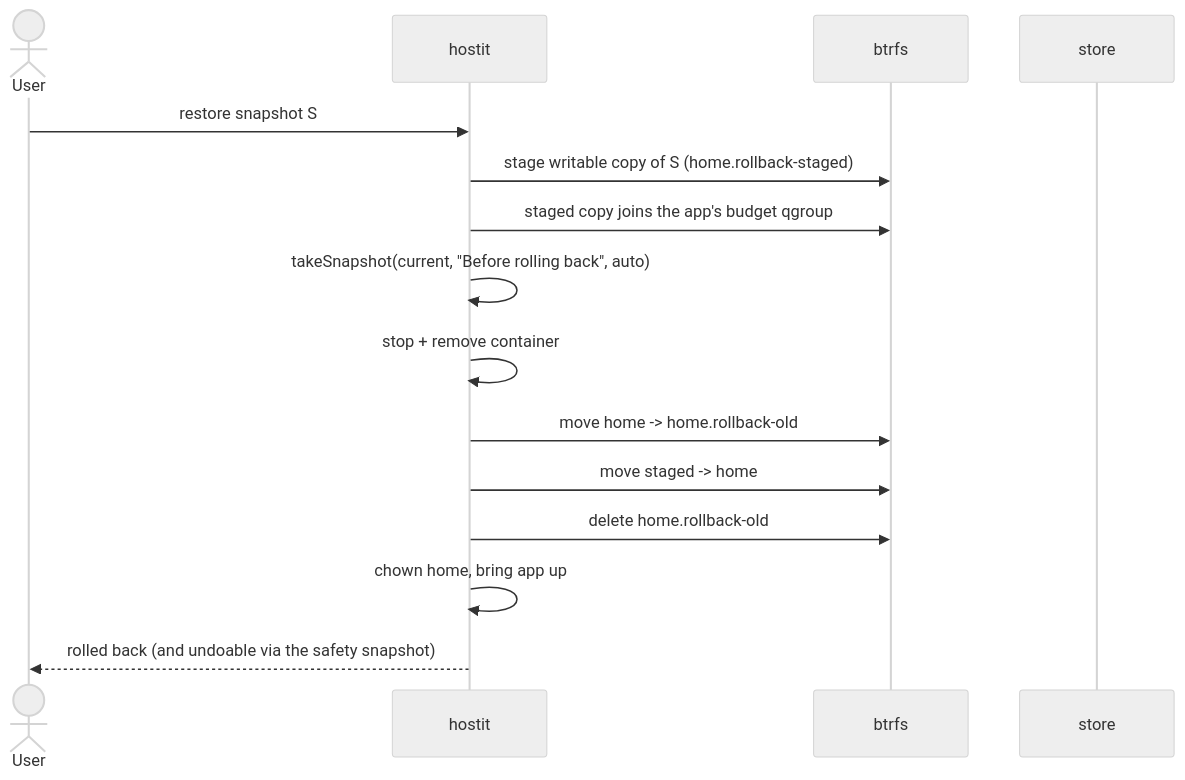
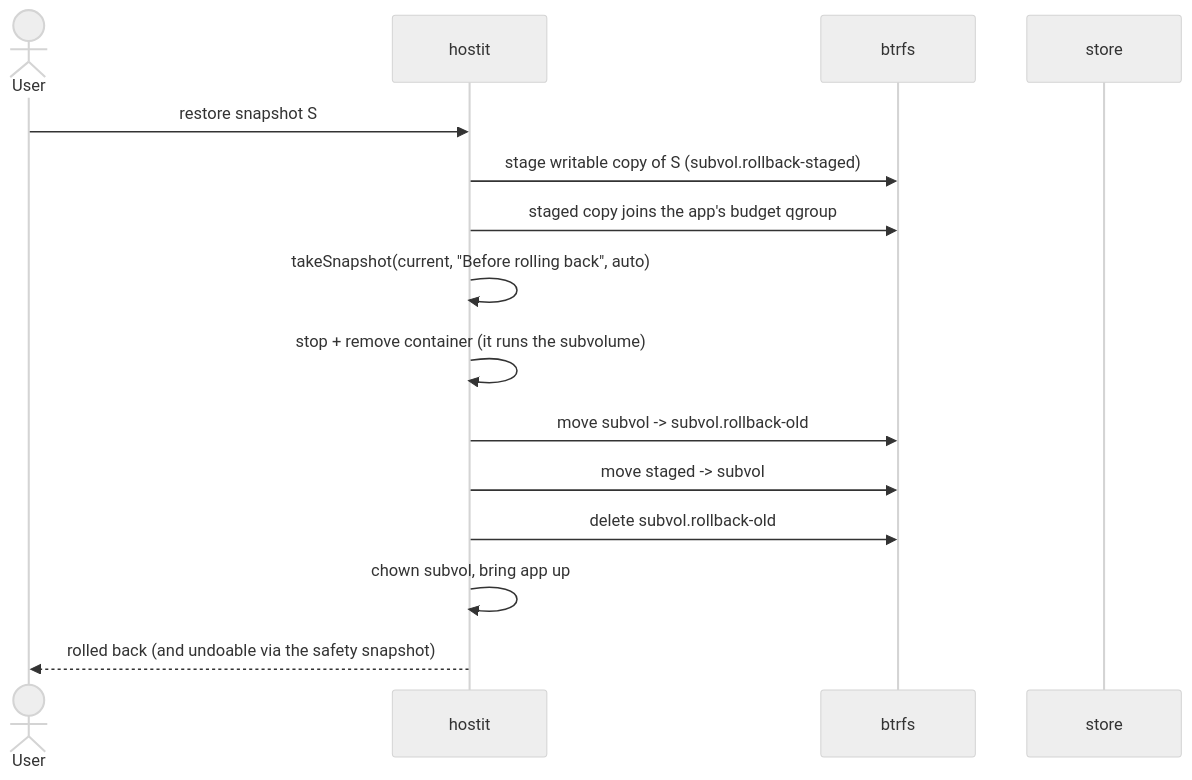
One commit to binwiederhier/hostit changed the diagram in docs/features/snapshots-rollback.md. Above: the diagram before and after it, drawn with Mermaid (neutral theme). The commit also changed other lines of this file and 21 other files, not shown here.

````diff
--- a/docs/features/snapshots-rollback.md
+++ b/docs/features/snapshots-rollback.md
@@ -62,17 +70,17 @@
 ```mermaid
 sequenceDiagram
     actor User
     participant hostit
     participant btrfs
     participant store
     User->>hostit: restore snapshot S
-    hostit->>btrfs: stage writable copy of S (home.rollback-staged)
+    hostit->>btrfs: stage writable copy of S (subvol.rollback-staged)
     hostit->>btrfs: staged copy joins the app's budget qgroup
     hostit->>hostit: takeSnapshot(current, "Before rolling back", auto)
-    hostit->>hostit: stop + remove container
-    hostit->>btrfs: move home -> home.rollback-old
-    hostit->>btrfs: move staged -> home
-    hostit->>btrfs: delete home.rollback-old
-    hostit->>hostit: chown home, bring app up
+    hostit->>hostit: stop + remove container (it runs the subvolume)
+    hostit->>btrfs: move subvol -> subvol.rollback-old
+    hostit->>btrfs: move staged -> subvol
+    hostit->>btrfs: delete subvol.rollback-old
+    hostit->>hostit: chown subvol, bring app up
     hostit-->>User: rolled back (and undoable via the safety snapshot)
 ```
````
